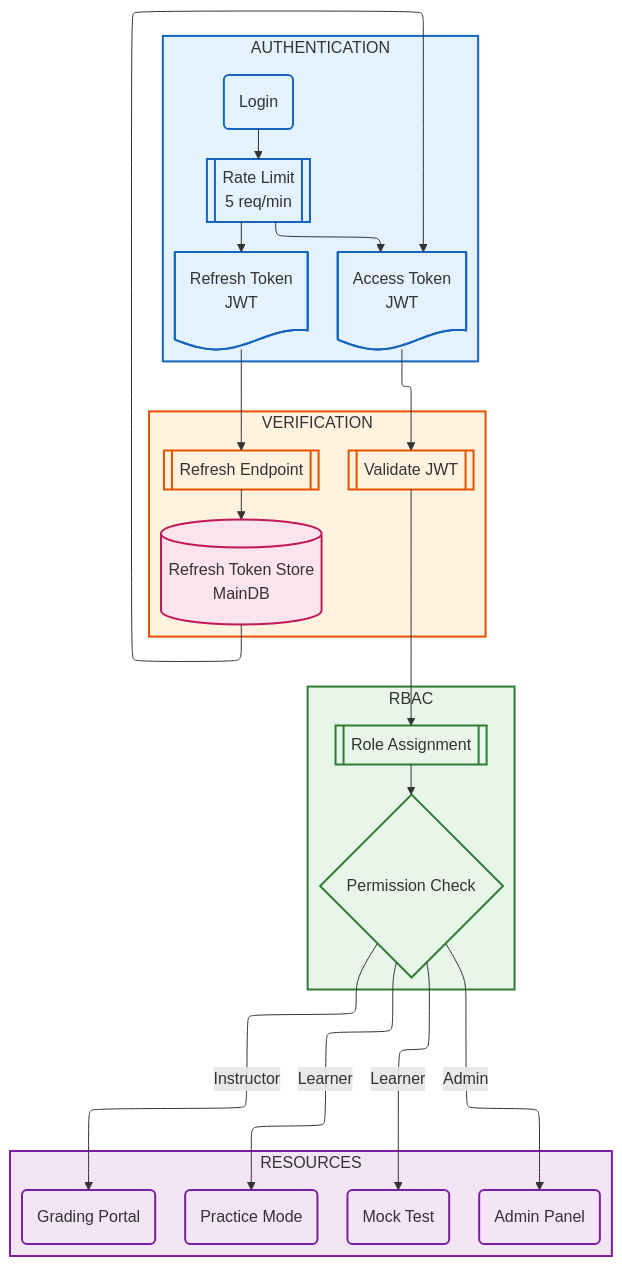
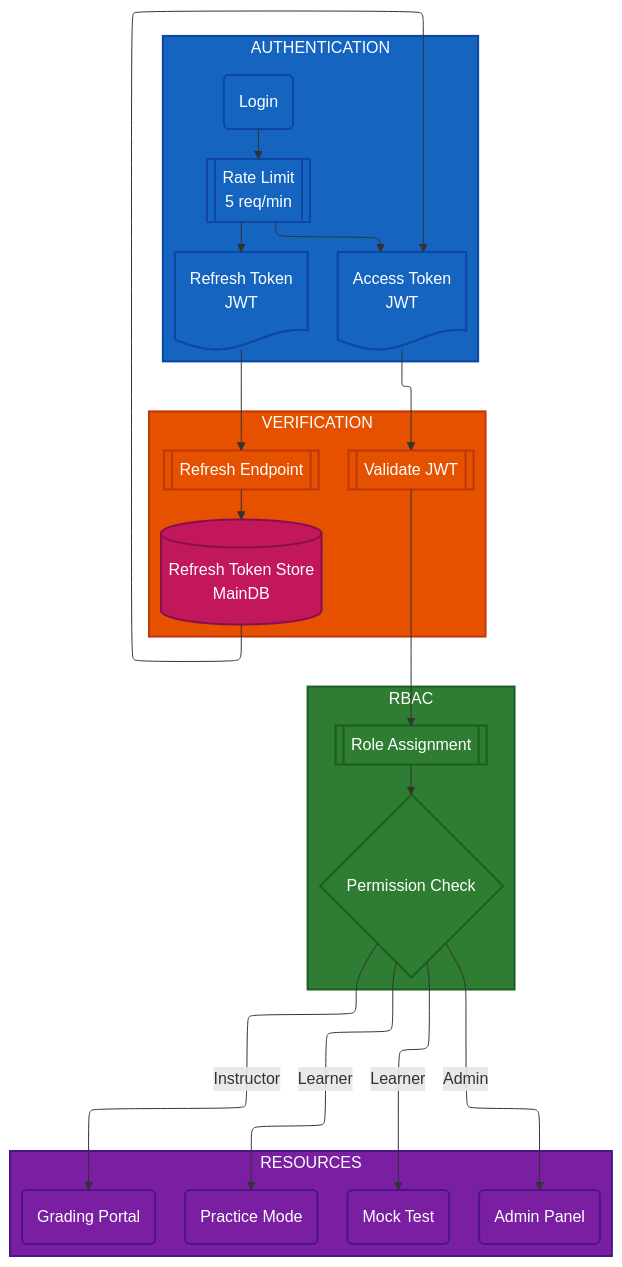
Before and after one commit to nghyane/VSTEP: diagram 11 of 12 in docs/capstone/diagrams/flow-diagrams.vi.md, drawn with Mermaid. The commit also changed other lines of this file, not shown here.

First line of the commit message:
fix(docs): update diagram colors for dark mode compatibility

````diff
--- a/docs/capstone/diagrams/flow-diagrams.vi.md
+++ b/docs/capstone/diagrams/flow-diagrams.vi.md
@@ -659,53 +659,53 @@
 ```mermaid
 ---
 config:
   layout: elk
 ---
 flowchart TB
     subgraph Auth["AUTHENTICATION"]
         Login@{ shape: rounded, label: "Login" }
         Rate@{ shape: fr-rect, label: "Rate Limit<br/>5 req/min" }
         Access@{ shape: doc, label: "Access Token<br/>JWT" }
         Refresh@{ shape: doc, label: "Refresh Token<br/>JWT" }
     end
 
     subgraph Verify["VERIFICATION"]
         Validate@{ shape: fr-rect, label: "Validate JWT" }
         RefreshEp@{ shape: fr-rect, label: "Refresh Endpoint" }
         Store@{ shape: cyl, label: "Refresh Token Store<br/>MainDB" }
     end
 
     subgraph RBAC["RBAC"]
         Roles@{ shape: fr-rect, label: "Role Assignment" }
         Check@{ shape: diam, label: "Permission Check" }
     end
 
     subgraph Resources["RESOURCES"]
         direction LR
         Practice@{ shape: rounded, label: "Practice Mode" }
         Mock@{ shape: rounded, label: "Mock Test" }
         Grading@{ shape: rounded, label: "Grading Portal" }
         Admin@{ shape: rounded, label: "Admin Panel" }
     end
 
     Login --> Rate --> Access & Refresh
     Access --> Validate
     Refresh --> RefreshEp --> Store --> Access
     
     Validate --> Roles --> Check
     Check -->|"Learner"| Practice & Mock
     Check -->|"Instructor"| Grading
     Check -->|"Admin"| Admin
 
-    classDef auth fill:#e3f2fd,stroke:#1565c0,stroke-width:2px
-    classDef verify fill:#fff3e0,stroke:#e65100,stroke-width:2px
-    classDef rbac fill:#e8f5e9,stroke:#2e7d32,stroke-width:2px
-    classDef resources fill:#f3e5f5,stroke:#7b1fa2,stroke-width:2px
-    classDef data fill:#fce4ec,stroke:#c2185b,stroke-width:2px
+    classDef auth fill:#1565c0,stroke:#0d47a1,stroke-width:2px,color:#fff
+    classDef verify fill:#e65100,stroke:#bf360c,stroke-width:2px,color:#fff
+    classDef rbac fill:#2e7d32,stroke:#1b5e20,stroke-width:2px,color:#fff
+    classDef resources fill:#7b1fa2,stroke:#4a148c,stroke-width:2px,color:#fff
+    classDef data fill:#c2185b,stroke:#880e4f,stroke-width:2px,color:#fff
 
     class Auth,Login,Rate,Access,Refresh auth
     class Verify,Validate,RefreshEp verify
     class RBAC,Roles,Check rbac
     class Resources,Practice,Mock,Grading,Admin resources
     class Store data
 ```
````
